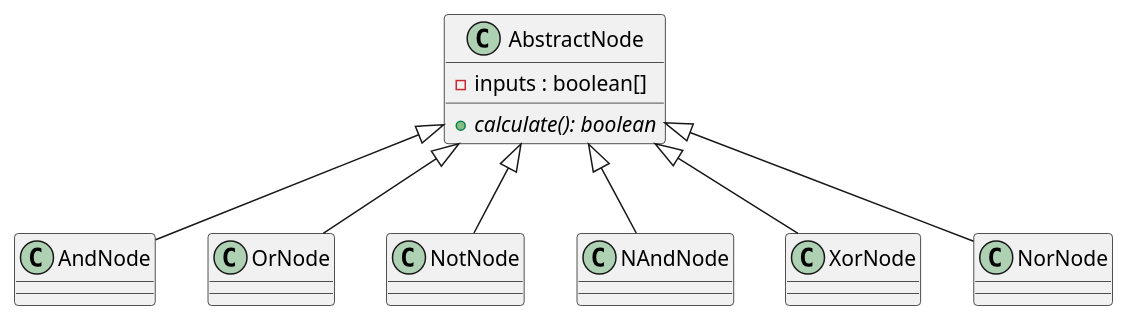
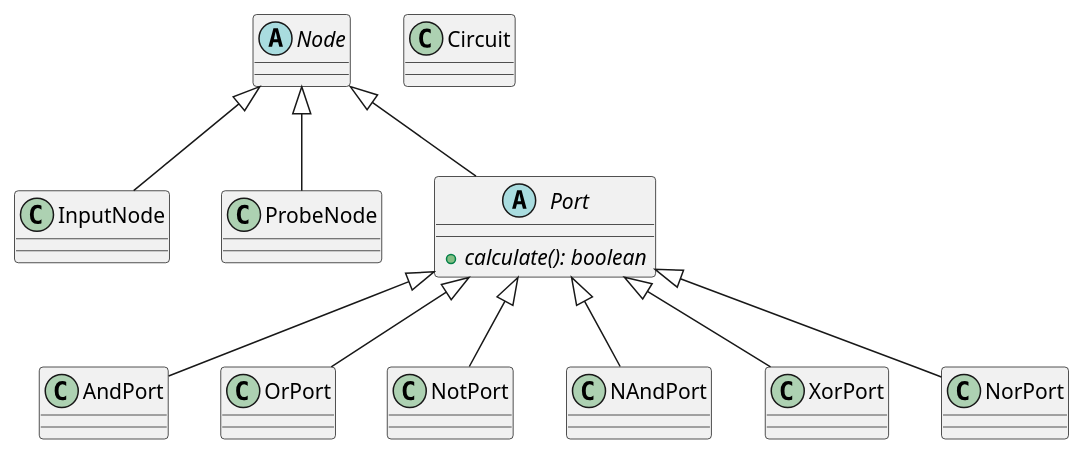
Before and after one commit to stevenliebregt/avans-dp1-sirkwie: the diagram in docs/diagrams/dkd.puml, drawn with PlantUML.

```diff
--- a/docs/diagrams/dkd.puml
+++ b/docs/diagrams/dkd.puml
@@ -1,30 +1,49 @@
 @startuml
-class AbstractNode {
-    -inputs : boolean[]
+' Nodes
+abstract class Node {
+
+}
+
+class InputNode {
+}
+Node <|-- InputNode
+
+class ProbeNode {
+}
+Node <|-- ProbeNode
+
+' Ports
+abstract class Port {
     +{abstract} calculate(): boolean
 }
+Node <|-- Port
 
-class AndNode {
+class AndPort {
 }
-AbstractNode <|-- AndNode
+Port <|-- AndPort
 
-class OrNode {
+class OrPort {
 }
-AbstractNode <|-- OrNode
+Port <|-- OrPort
 
-class NotNode {
+class NotPort {
 }
-AbstractNode <|-- NotNode
+Port <|-- NotPort
 
-class NAndNode {
+class NAndPort {
 }
-AbstractNode <|-- NAndNode
+Port <|-- NAndPort
 
-class XorNode {
+class XorPort {
 }
-AbstractNode <|-- XorNode
+Port <|-- XorPort
 
-class NorNode {
+class NorPort {
 }
-AbstractNode <|-- NorNode
+Port <|-- NorPort
+
+' Circuit
+class Circuit {
+
+}
 @enduml
```
